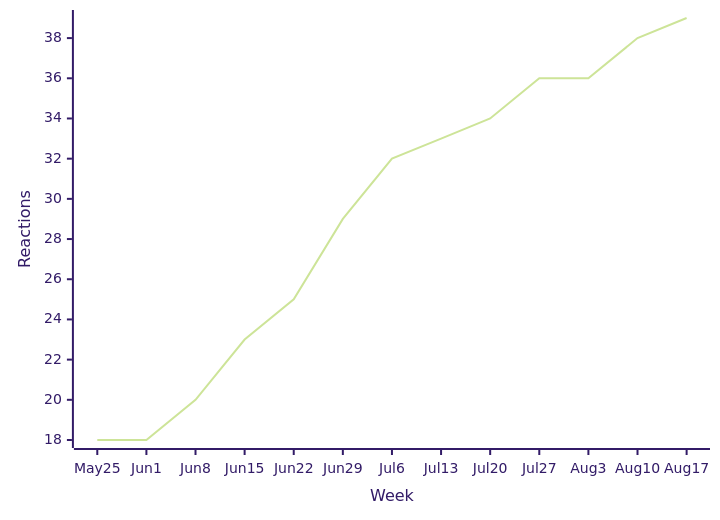
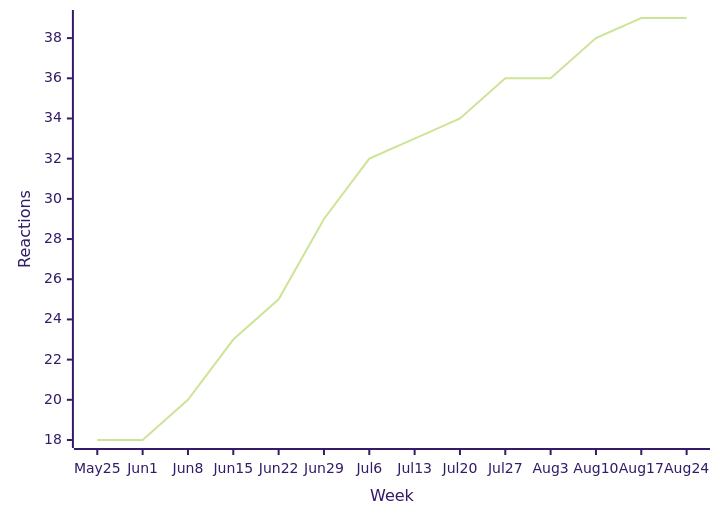
The fifth of 38 diagrams in README.md (loic-sharma/github-insights), drawn with Mermaid (forest theme) before and after one commit. The commit also changed other lines of this file and 3 other files, not shown here.

````diff
--- a/README.md
+++ b/README.md
@@ -392,6 +392,6 @@
   ```mermaid
   xychart-beta
-    x-axis "Week" [May 25, Jun 1, Jun 8, Jun 15, Jun 22, Jun 29, Jul 6, Jul 13, Jul 20, Jul 27, Aug 3, Aug 10, Aug 17]
+    x-axis "Week" [May 25, Jun 1, Jun 8, Jun 15, Jun 22, Jun 29, Jul 6, Jul 13, Jul 20, Jul 27, Aug 3, Aug 10, Aug 17, Aug 24]
     y-axis "Reactions"
-    line [18, 18, 20, 23, 25, 29, 32, 33, 34, 36, 36, 38, 39]
+    line [18, 18, 20, 23, 25, 29, 32, 33, 34, 36, 36, 38, 39, 39]
   ```
````
